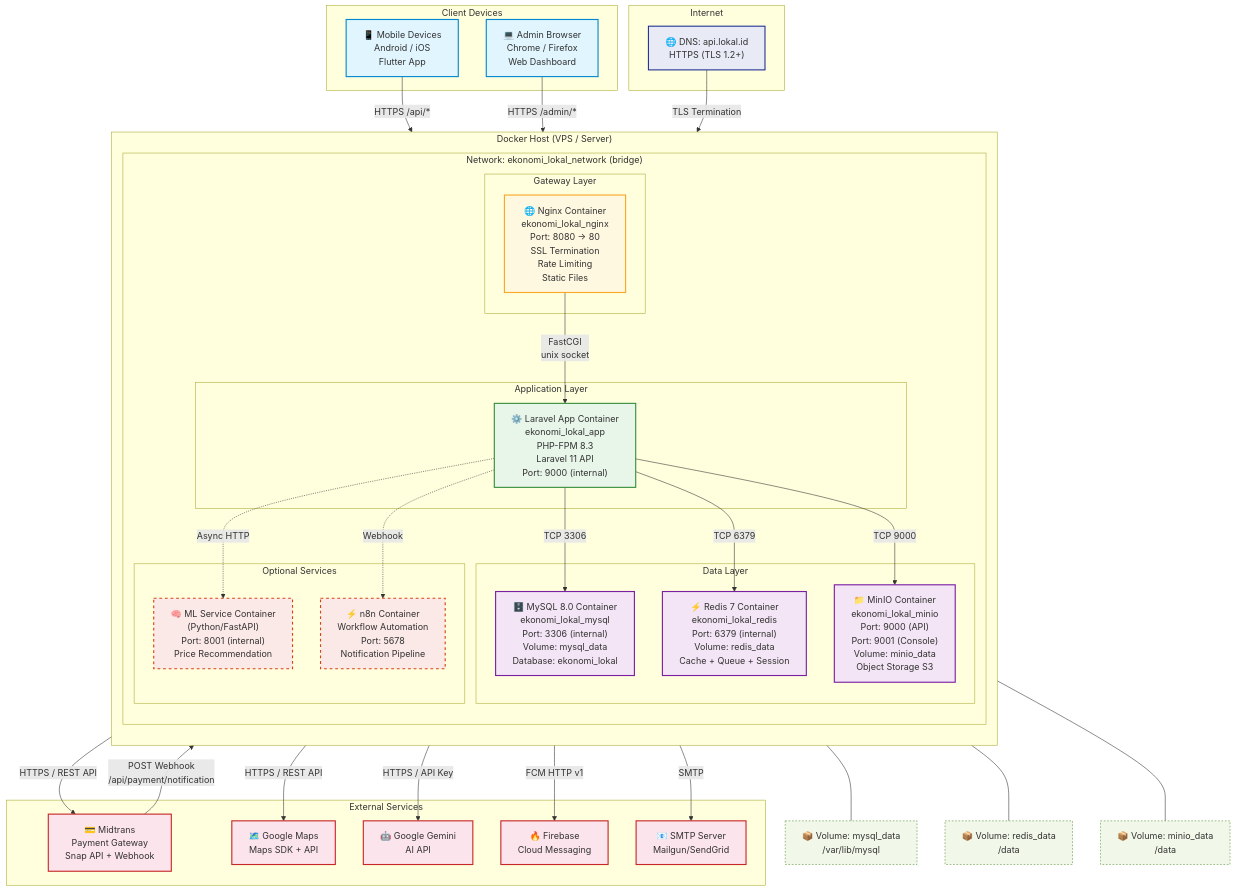
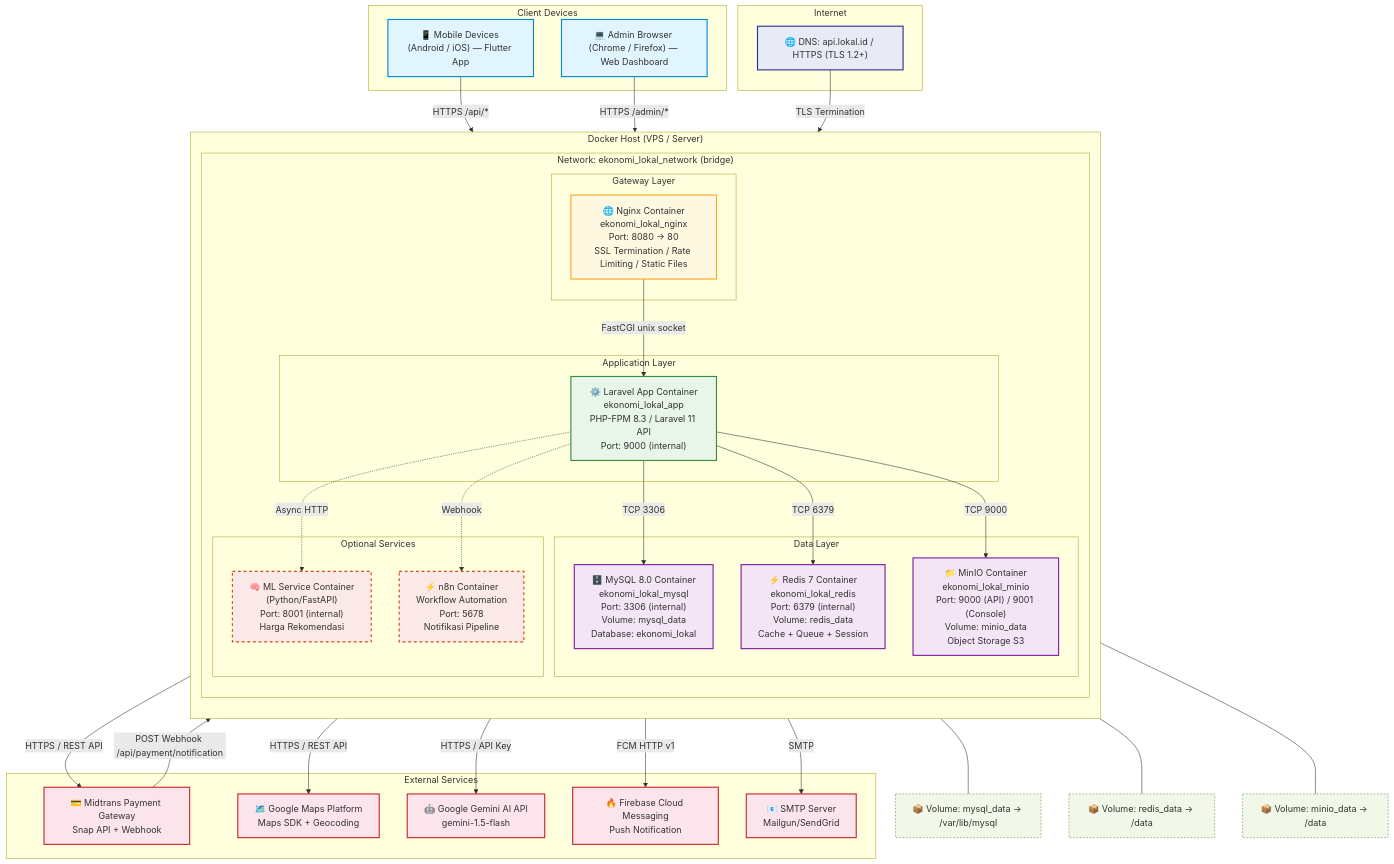
The seventh of 7 diagrams in SRS/TECHNICAL_DIAGRAMS.md (1khsan2610/LOKAL_APP), drawn with Mermaid before and after one commit. The commit also changed other lines of this file and 1 other file, not shown here.

Commit message:
perbaikan README.md dan diagram

````diff
--- a/SRS/TECHNICAL_DIAGRAMS.md
+++ b/SRS/TECHNICAL_DIAGRAMS.md
@@ -969,55 +962,50 @@
 ```mermaid
 graph TB
     subgraph "Internet"
-        DNS["🌐 DNS: api.lokal.id<br/>HTTPS (TLS 1.2+)"]
+        DNS["🌐 DNS: api.lokal.id / HTTPS (TLS 1.2+)"]
     end
 
     subgraph "Client Devices"
-        MOBILE["📱 Mobile Devices<br/>Android / iOS<br/>Flutter App"]
-        BROWSER["💻 Admin Browser<br/>Chrome / Firefox<br/>Web Dashboard"]
+        MOBILE["📱 Mobile Devices (Android / iOS) — Flutter App"]
+        BROWSER["💻 Admin Browser (Chrome / Firefox) — Web Dashboard"]
     end
 
     subgraph "Docker Host (VPS / Server)"
         direction TB
-        
         subgraph "Network: ekonomi_lokal_network (bridge)"
-            
             subgraph "Gateway Layer"
-                NGINX["🌐 Nginx Container<br/>ekonomi_lokal_nginx<br/>Port: 8080 → 80<br/>SSL Termination<br/>Rate Limiting<br/>Static Files"]
+                NGINX["🌐 Nginx Container<br/>ekonomi_lokal_nginx<br/>Port: 8080 → 80<br/>SSL Termination / Rate Limiting / Static Files"]
             end
 
             subgraph "Application Layer"
-                LARAVEL_APP["⚙️ Laravel App Container<br/>ekonomi_lokal_app<br/>PHP-FPM 8.3<br/>Laravel 11 API<br/>Port: 9000 (internal)"]
+                LARAVEL_APP["⚙️ Laravel App Container<br/>ekonomi_lokal_app<br/>PHP-FPM 8.3 / Laravel 11 API<br/>Port: 9000 (internal)"]
             end
 
             subgraph "Data Layer"
                 MYSQL["🗄️ MySQL 8.0 Container<br/>ekonomi_lokal_mysql<br/>Port: 3306 (internal)<br/>Volume: mysql_data<br/>Database: ekonomi_lokal"]
                 REDIS["⚡ Redis 7 Container<br/>ekonomi_lokal_redis<br/>Port: 6379 (internal)<br/>Volume: redis_data<br/>Cache + Queue + Session"]
-                MINIO["📁 MinIO Container<br/>ekonomi_lokal_minio<br/>Port: 9000 (API)<br/>Port: 9001 (Console)<br/>Volume: minio_data<br/>Object Storage S3"]
+                MINIO["📁 MinIO Container<br/>ekonomi_lokal_minio<br/>Port: 9000 (API) / 9001 (Console)<br/>Volume: minio_data<br/>Object Storage S3"]
             end
 
             subgraph "Optional Services"
-                ML_SERVICE["🧠 ML Service Container<br/>(Python/FastAPI)<br/>Port: 8001 (internal)<br/>Price Recommendation"]
-                N8N["⚡ n8n Container<br/>Workflow Automation<br/>Port: 5678<br/>Notification Pipeline"]
+                ML_SERVICE["🧠 ML Service Container<br/>(Python/FastAPI)<br/>Port: 8001 (internal)<br/>Harga Rekomendasi"]
+                N8N["⚡ n8n Container<br/>Workflow Automation<br/>Port: 5678<br/>Notifikasi Pipeline"]
             end
         end
     end
 
     subgraph "External Services"
-        MIDTRANS_EXT["💳 Midtrans<br/>Payment Gateway<br/>Snap API + Webhook"]
-        GMAPS_EXT["🗺️ Google Maps<br/>Maps SDK + API"]
-        GEMINI_EXT["🤖 Google Gemini<br/>AI API"]
-        FCM_EXT["🔥 Firebase<br/>Cloud Messaging"]
+        MIDTRANS_EXT["💳 Midtrans Payment Gateway<br/>Snap API + Webhook"]
+        GMAPS_EXT["🗺️ Google Maps Platform<br/>Maps SDK + Geocoding"]
+        GEMINI_EXT["🤖 Google Gemini AI API<br/>gemini-1.5-flash"]
+        FCM_EXT["🔥 Firebase Cloud Messaging<br/>Push Notification"]
         SMTP_EXT["📧 SMTP Server<br/>Mailgun/SendGrid"]
     end
 
-    %% ── Network Connections ──
     MOBILE -->|"HTTPS /api/*"| NGINX
     BROWSER -->|"HTTPS /admin/*"| NGINX
-
     DNS -->|"TLS Termination"| NGINX
-
-    NGINX -->|"FastCGI<br/>unix socket"| LARAVEL_APP
+    NGINX -->|"FastCGI unix socket"| LARAVEL_APP
 
     LARAVEL_APP -->|"TCP 3306"| MYSQL
     LARAVEL_APP -->|"TCP 6379"| REDIS
@@ -1026,24 +1014,20 @@
     LARAVEL_APP -.->|"Async HTTP"| ML_SERVICE
     LARAVEL_APP -.->|"Webhook"| N8N
 
-    %% ── External Connections ──
     LARAVEL_APP -->|"HTTPS / REST API"| MIDTRANS_EXT
     LARAVEL_APP -->|"HTTPS / REST API"| GMAPS_EXT
     LARAVEL_APP -->|"HTTPS / API Key"| GEMINI_EXT
     LARAVEL_APP -->|"FCM HTTP v1"| FCM_EXT
     LARAVEL_APP -->|"SMTP"| SMTP_EXT
 
-    MIDTRANS_EXT -->|"POST Webhook<br/>/api/payment/notification"| NGINX
+    MIDTRANS_EXT -->|"POST Webhook /api/payment/notification"| NGINX
 
-    %% ── Volume Mounts ──
-    MYSQL --- VOL_MYSQL["📦 Volume: mysql_data<br/>/var/lib/mysql"]
-    REDIS --- VOL_REDIS["📦 Volume: redis_data<br/>/data"]
-    MINIO --- VOL_MINIO["📦 Volume: minio_data<br/>/data"]
+    MYSQL --- VOL_MYSQL["📦 Volume: mysql_data → /var/lib/mysql"]
+    REDIS --- VOL_REDIS["📦 Volume: redis_data → /data"]
+    MINIO --- VOL_MINIO["📦 Volume: minio_data → /data"]
 
-    %% ── Styles ──
     classDef internet fill:#e8eaf6,stroke:#283593,stroke-width:2px
     classDef client fill:#e1f5fe,stroke:#0288d1,stroke-width:2px
-    classDef network fill:#fff3e0,stroke:#f57c00,stroke-width:2px
     classDef gateway fill:#fff8e1,stroke:#f9a825,stroke-width:2px
     classDef app fill:#e8f5e9,stroke:#388e3c,stroke-width:2px
     classDef data fill:#f3e5f5,stroke:#7b1fa2,stroke-width:2px
````
